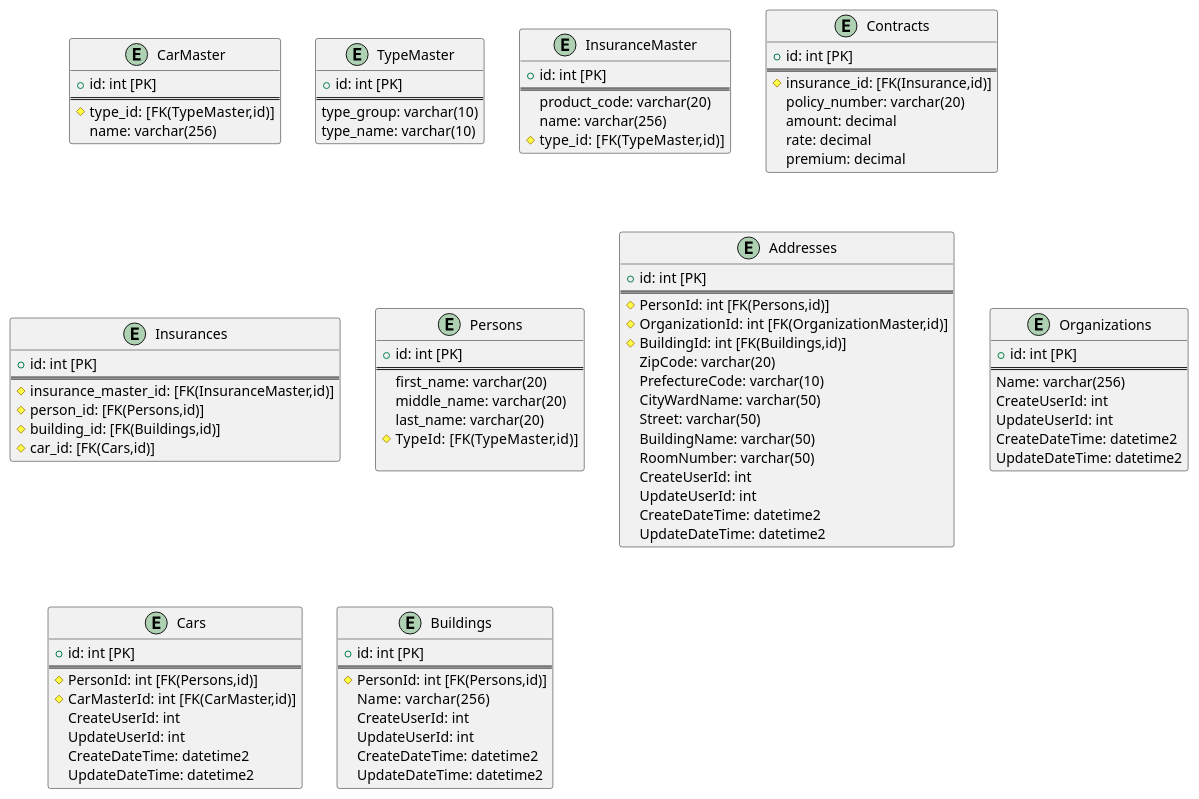
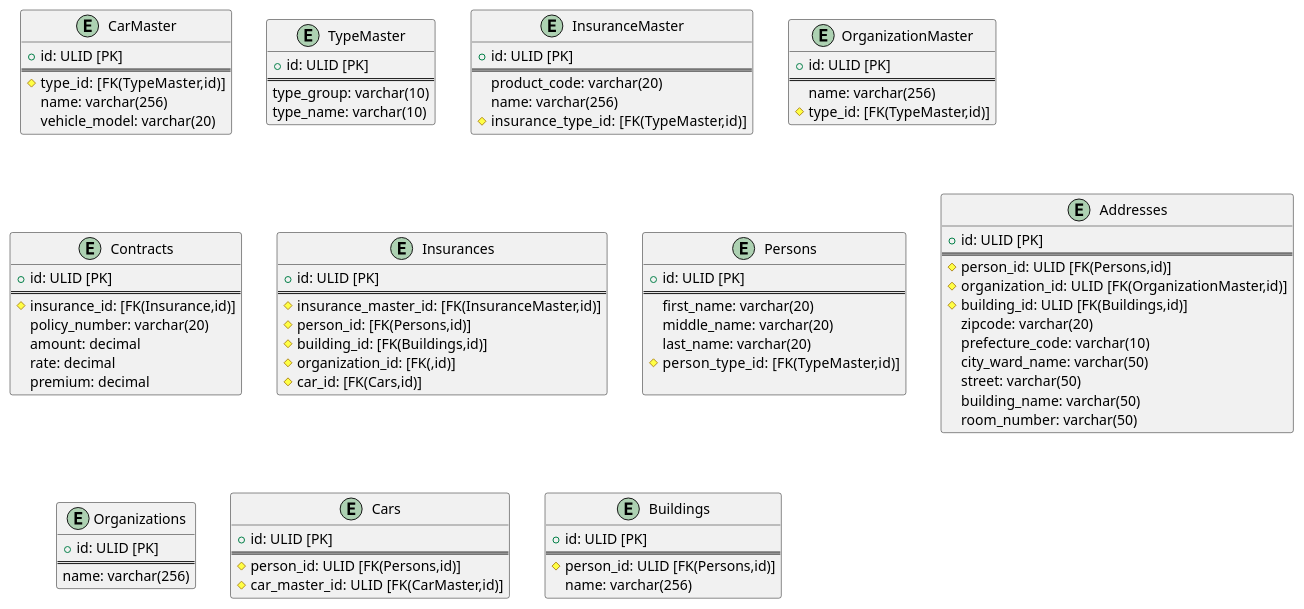
Before and after one commit to naofumiaoyama/NonLifeInsurance: the diagram in doc/ContractER.md, drawn with PlantUML. The commit also changed 7 other files, not shown here.

Commit message:
Update ER Diagram

````diff
--- a/doc/ContractER.md
+++ b/doc/ContractER.md
@@ -3,29 +3,37 @@
 ```puml
 @startuml
 entity "CarMaster" {
-    + id: int [PK]
+    + id: ULID [PK]
     ==
      # type_id:  [FK(TypeMaster,id)]
     name: varchar(256)
+    vehicle_model: varchar(20)
 }
 
 entity "TypeMaster" {
-    + id: int [PK]
+    + id: ULID [PK]
     ==
     type_group: varchar(10)
     type_name: varchar(10)
 }
 
 entity "InsuranceMaster" {
-    + id: int [PK]
+    + id: ULID [PK]
     ==
     product_code: varchar(20)
     name: varchar(256)
-    # type_id:  [FK(TypeMaster,id)]
+    # insurance_type_id:  [FK(TypeMaster,id)]
+}
+
+entity "OrganizationMaster" {
+    + id: ULID [PK]
+    ==
+    name: varchar(256)
+    # type_id: [FK(TypeMaster,id)]
 }
 
 entity "Contracts" {
-    + id: int [PK]
+    + id: ULID [PK]
     ==
     # insurance_id: [FK(Insurance,id)]
     policy_number: varchar(20)
@@ -35,73 +43,57 @@
 }
 
 entity "Insurances" {
-    + id: int [PK]
+    + id: ULID [PK]
     ==
     # insurance_master_id: [FK(InsuranceMaster,id)]
     # person_id: [FK(Persons,id)]
     # building_id: [FK(Buildings,id)]
+    # organization_id: [FK(,id)]
     # car_id: [FK(Cars,id)]
 }
 
-
 entity "Persons" {
-    + id: int [PK]
+    + id: ULID [PK]
     ==
     first_name: varchar(20)
     middle_name: varchar(20)
     last_name: varchar(20)
-    # TypeId:  [FK(TypeMaster,id)]
+    # person_type_id:  [FK(TypeMaster,id)]
 
 }
 
 entity "Addresses" {
-    + id: int [PK]
+    + id: ULID [PK]
     ==
-    # PersonId: int [FK(Persons,id)]
-    # OrganizationId: int [FK(OrganizationMaster,id)]
-    # BuildingId: int [FK(Buildings,id)]
-    ZipCode: varchar(20)
-    PrefectureCode: varchar(10)
-    CityWardName: varchar(50)
-    Street: varchar(50)
-    BuildingName: varchar(50)
-    RoomNumber: varchar(50)
-    CreateUserId: int
-    UpdateUserId: int
-    CreateDateTime: datetime2
-    UpdateDateTime: datetime2
+    # person_id: ULID [FK(Persons,id)]
+    # organization_id: ULID [FK(OrganizationMaster,id)]
+    # building_id: ULID [FK(Buildings,id)]
+    zipcode: varchar(20)
+    prefecture_code: varchar(10)
+    city_ward_name: varchar(50)
+    street: varchar(50)
+    building_name: varchar(50)
+    room_number: varchar(50)
 }
 
 entity "Organizations" {
-    + id: int [PK]
+    + id: ULID [PK]
     ==
-    Name: varchar(256)
-    CreateUserId: int
-    UpdateUserId: int
-    CreateDateTime: datetime2
-    UpdateDateTime: datetime2
+    name: varchar(256)
 }
 
 entity "Cars" {
-    + id: int [PK]
+    + id: ULID [PK]
     ==
-    # PersonId: int [FK(Persons,id)]
-    # CarMasterId: int [FK(CarMaster,id)]
-    CreateUserId: int
-    UpdateUserId: int
-    CreateDateTime: datetime2
-    UpdateDateTime: datetime2
+    # person_id: ULID [FK(Persons,id)]
+    # car_master_id: ULID [FK(CarMaster,id)]
 }
 
 entity "Buildings" {
-    + id: int [PK]
+    + id: ULID [PK]
     ==
-    # PersonId: int [FK(Persons,id)]
-    Name:  varchar(256)
-    CreateUserId: int
-    UpdateUserId: int
-    CreateDateTime: datetime2
-    UpdateDateTime: datetime2
+    # person_id: ULID [FK(Persons,id)]
+    name: varchar(256)
 }
 
 
````
